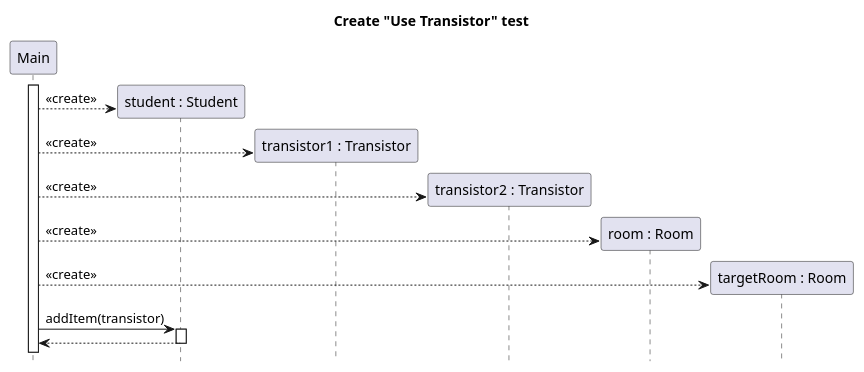
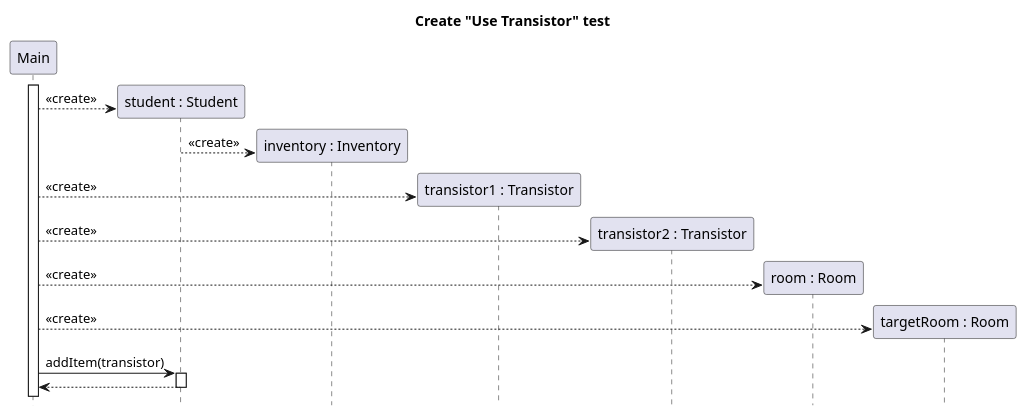
The diagram in docs/diagrams/test-create-sequence/student-use-transistor-create.puml (sn4k3ch4rm3r/logarlec), drawn with PlantUML before and after one commit. The commit also changed 9 other files, not shown here.

Commit message:
Fixed mistakes in create sequences

```diff
--- a/docs/diagrams/test-create-sequence/student-use-transistor-create.puml
+++ b/docs/diagrams/test-create-sequence/student-use-transistor-create.puml
@@ -1,27 +1,30 @@
 @startuml student-use-transistor-create
 title Create "Use Transistor" test
 hide footbox
 
 participant "Main" as main
 participant "student : Student" as student
+create "inventory : Inventory" as inventory
 participant "transistor1 : Transistor" as tr
 participant "transistor2 : Transistor" as tr2
 participant "room : Room" as room
 participant "targetRoom : Room" as targetRoom
 
 main++
 create student
 main --> student : <<create>>
+create inventory
+student --> inventory : <<create>>
 create tr
 main --> tr : <<create>>
 create tr2
 main --> tr2 : <<create>>
 create room
 main --> room : <<create>>
 create targetRoom
 main --> targetRoom : <<create>>
 main -> student ++ : addItem(transistor)
 return
 
 
 @enduml
```
